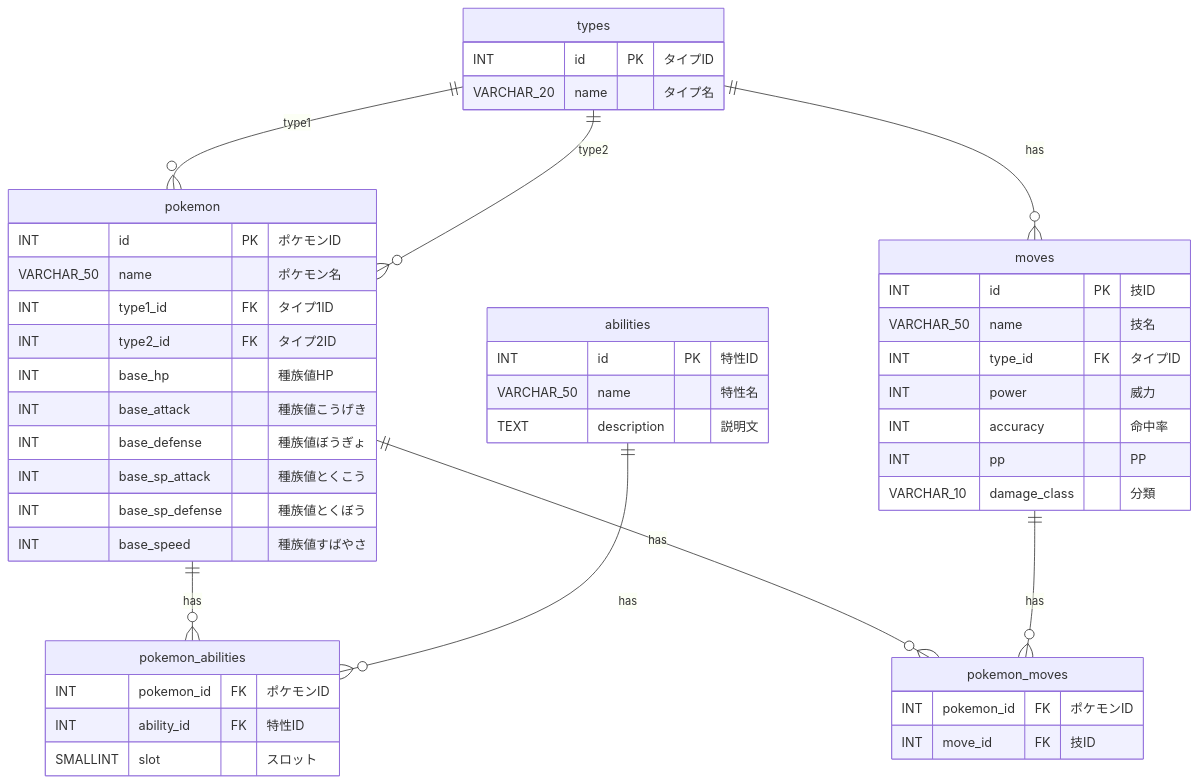
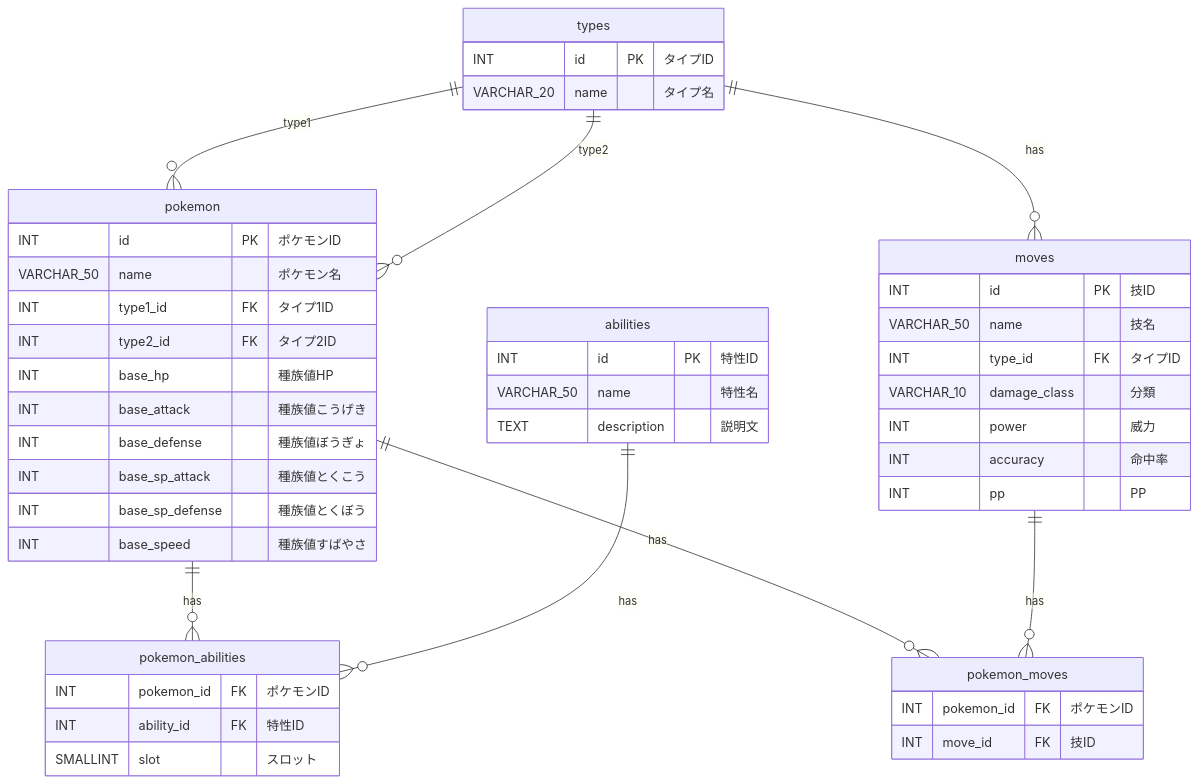
Before and after one commit to Nahaq789/pob: the diagram in docs/er/dex.md, drawn with Mermaid. The commit also changed other lines of this file, not shown here.

````diff
--- a/docs/er/dex.md
+++ b/docs/er/dex.md
@@ -1,56 +1,56 @@
 ```mermaid
 erDiagram
     types {
         INT id PK "タイプID"
         VARCHAR_20 name "タイプ名"
     }
 
     pokemon {
         INT id PK "ポケモンID"
         VARCHAR_50 name "ポケモン名"
         INT type1_id FK "タイプ1ID"
         INT type2_id FK "タイプ2ID"
         INT base_hp "種族値HP"
         INT base_attack "種族値こうげき"
         INT base_defense "種族値ぼうぎょ"
         INT base_sp_attack "種族値とくこう"
         INT base_sp_defense "種族値とくぼう"
         INT base_speed "種族値すばやさ"
     }
 
     abilities {
         INT id PK "特性ID"
         VARCHAR_50 name "特性名"
         TEXT description "説明文"
     }
 
     pokemon_abilities {
         INT pokemon_id FK "ポケモンID"
         INT ability_id FK "特性ID"
         SMALLINT slot "スロット"
     }
 
     moves {
         INT id PK "技ID"
         VARCHAR_50 name "技名"
         INT type_id FK "タイプID"
+        VARCHAR_10 damage_class "分類"
         INT power "威力"
         INT accuracy "命中率"
         INT pp "PP"
-        VARCHAR_10 damage_class "分類"
     }
 
     pokemon_moves {
         INT pokemon_id FK "ポケモンID"
         INT move_id FK "技ID"
     }
 
     types ||--o{ pokemon : "type1"
     types ||--o{ pokemon : "type2"
     types ||--o{ moves : "has"
     pokemon ||--o{ pokemon_abilities : "has"
     abilities ||--o{ pokemon_abilities : "has"
     pokemon ||--o{ pokemon_moves : "has"
     moves ||--o{ pokemon_moves : "has"
 
 ```
````
